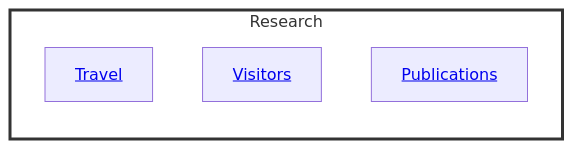
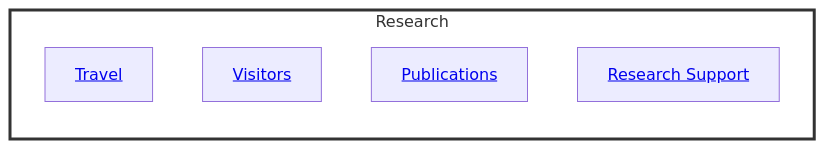
One commit to digital-work-lab/handbook changed the fifth of 5 diagrams in docs/10-lab/index.md. Above: the diagram before and after it, drawn with Mermaid.

````diff
--- a/docs/10-lab/index.md
+++ b/docs/10-lab/index.md
@@ -82,12 +82,13 @@
 ```mermaid
 flowchart  LR
 
     subgraph Research
         direction TB
         Travel["<a href='10_processes/10.50.travel.html'>Travel</a>"]
         Visitors["<a href='10_processes/10.53.visitors.html'>Visitors</a>"]
         Publications["<a href='../20-research/20_processes/20.33.publication.html'>Publications</a>"]
+        Support["<a href='../20-research/20_processes/20.23.research-support.html'>Research Support</a>"]
     end
 
     style Research fill:white,stroke:#333,stroke-width:3px
 ```
````
